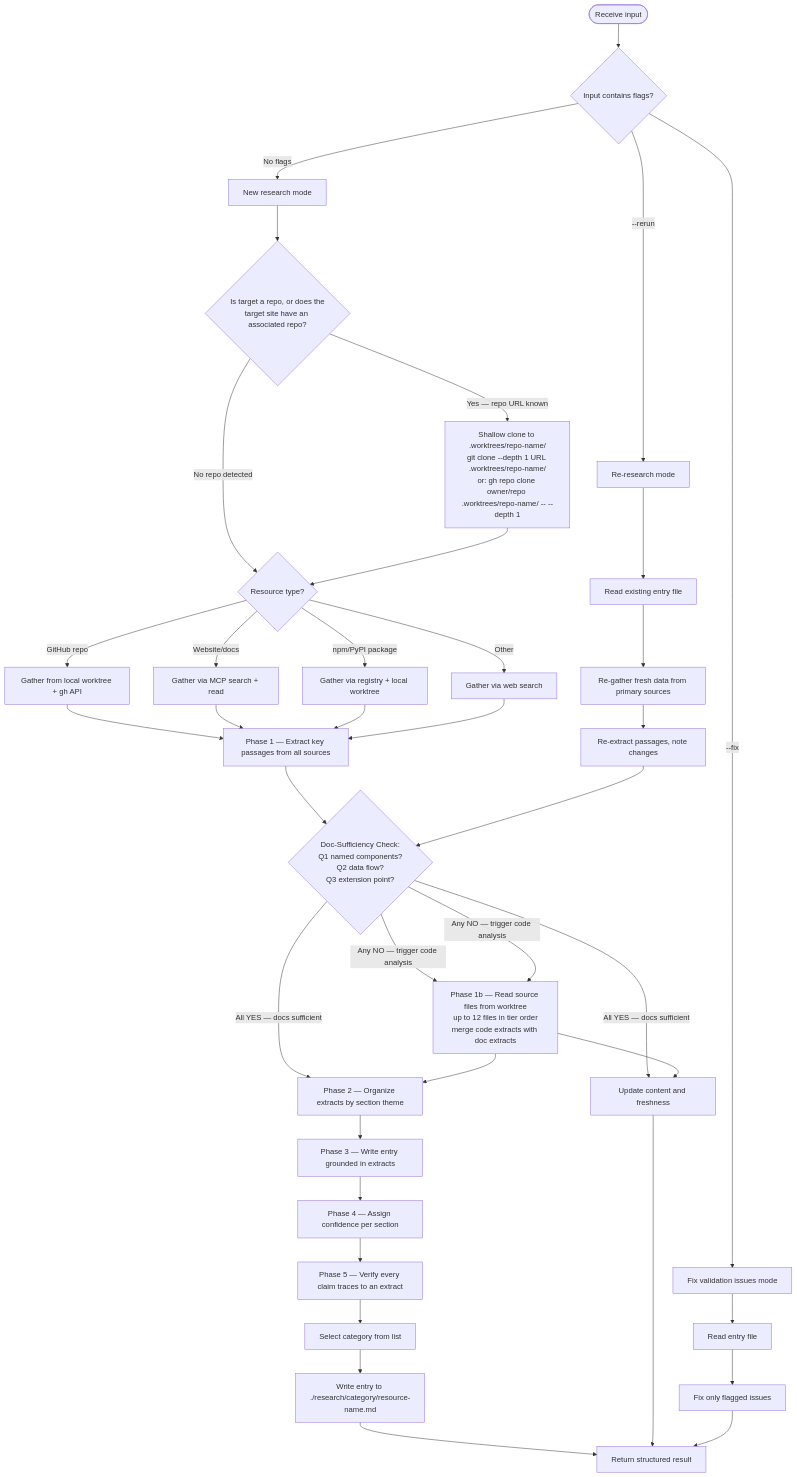
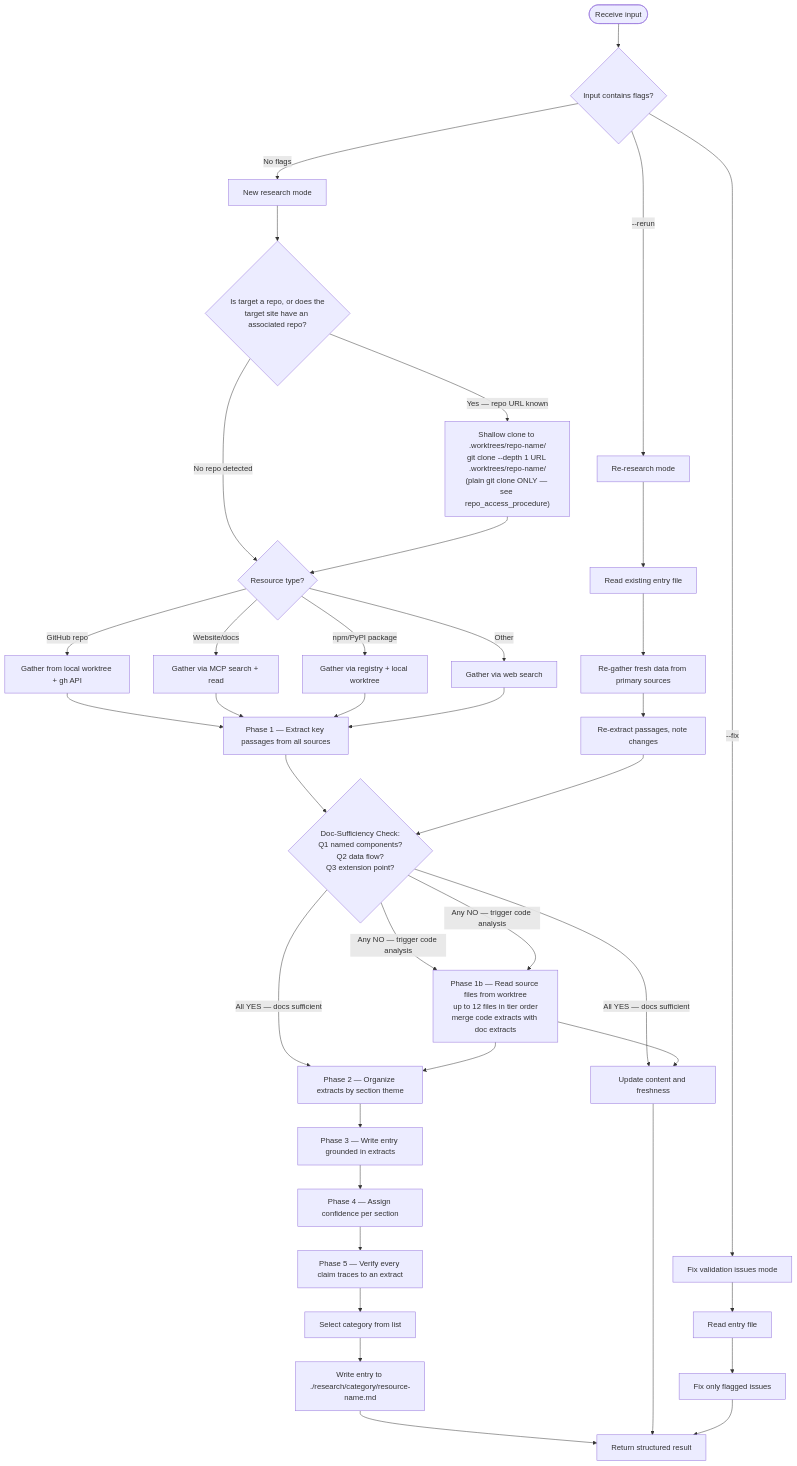
Before and after one commit to Jamie-BitFlight/claude_skills: the first of 2 diagrams in .claude/agents/research-curator.md, drawn with Mermaid. The commit also changed other lines of this file and 16 other files, not shown here.

Commit message:
fix(research-curator): tested repo-access procedure, duplicate-detection gap, entry-template schema (#2723)

````diff
--- a/.claude/agents/research-curator.md
+++ b/.claude/agents/research-curator.md
@@ -22,46 +22,46 @@
 ```mermaid
 flowchart TD
     Start([Receive input]) --> CheckFlags{Input contains flags?}
     CheckFlags -->|--rerun| Rerun[Re-research mode]
     CheckFlags -->|--fix| Fix[Fix validation issues mode]
     CheckFlags -->|No flags| New[New research mode]
 
     New --> DetectRepo{Is target a repo, or does the<br>target site have an associated repo?}
-    DetectRepo -->|"Yes — repo URL known"| Clone["Shallow clone to .worktrees/repo-name/<br>git clone --depth 1 URL .worktrees/repo-name/<br>or: gh repo clone owner/repo .worktrees/repo-name/ -- --depth 1"]
+    DetectRepo -->|"Yes — repo URL known"| Clone["Shallow clone to .worktrees/repo-name/<br>git clone --depth 1 URL .worktrees/repo-name/<br>(plain git clone ONLY — see repo_access_procedure)"]
     DetectRepo -->|"No repo detected"| Identify{Resource type?}
     Clone --> Identify{Resource type?}
 
     Identify -->|GitHub repo| GH[Gather from local worktree + gh API]
     Identify -->|Website/docs| Web[Gather via MCP search + read]
     Identify -->|npm/PyPI package| Pkg[Gather via registry + local worktree]
     Identify -->|Other| Other[Gather via web search]
 
     GH --> Extract[Phase 1 — Extract key passages from all sources]
     Web --> Extract
     Pkg --> Extract
     Other --> Extract
 
     Extract --> DocCheck{Doc-Sufficiency Check:<br>Q1 named components?<br>Q2 data flow?<br>Q3 extension point?}
     DocCheck -->|"All YES — docs sufficient"| Organize[Phase 2 — Organize extracts by section theme]
     DocCheck -->|"Any NO — trigger code analysis"| Phase1b[Phase 1b — Read source files from worktree<br>up to 12 files in tier order<br>merge code extracts with doc extracts]
     Phase1b --> Organize
     Organize --> Write[Phase 3 — Write entry grounded in extracts]
     Write --> Confidence[Phase 4 — Assign confidence per section]
     Confidence --> Validate[Phase 5 — Verify every claim traces to an extract]
     Validate --> SelectCat[Select category from list]
     SelectCat --> WriteFile[Write entry to ./research/category/resource-name.md]
     WriteFile --> Return[Return structured result]
 
     Rerun --> ReadExisting[Read existing entry file]
     ReadExisting --> ReGather[Re-gather fresh data from primary sources]
     ReGather --> ReExtract[Re-extract passages, note changes]
     ReExtract --> DocCheck
     DocCheck -->|"All YES — docs sufficient"| UpdateEntry[Update content and freshness]
     DocCheck -->|"Any NO — trigger code analysis"| Phase1b
     Phase1b --> UpdateEntry
     UpdateEntry --> Return
 
     Fix --> ReadEntry[Read entry file]
     ReadEntry --> FixIssues[Fix only flagged issues]
     FixIssues --> Return
 ```
````
